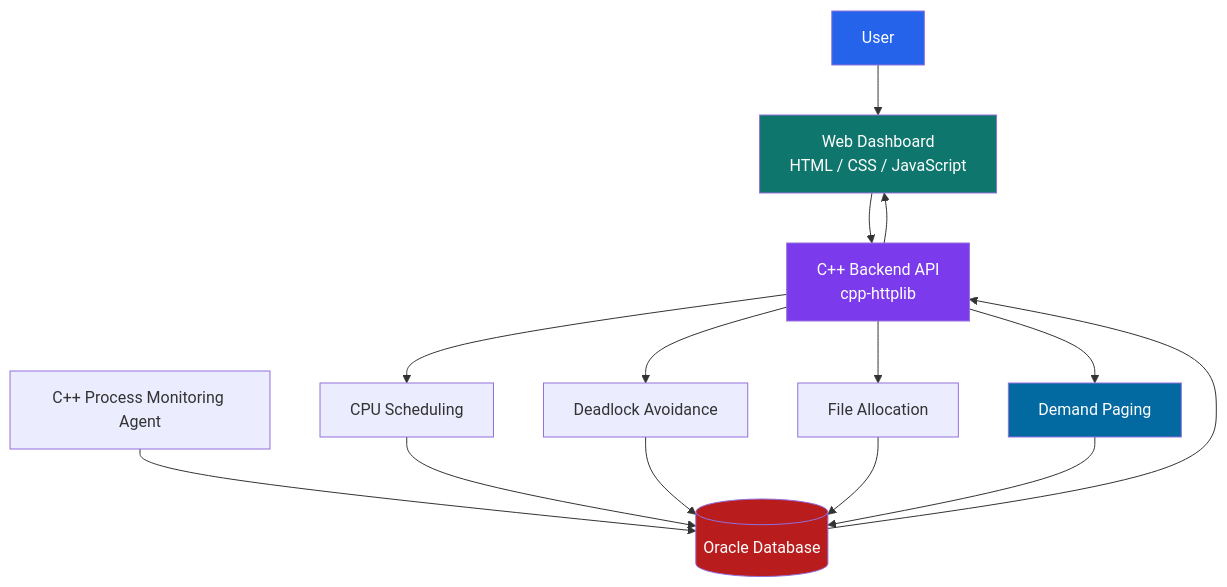
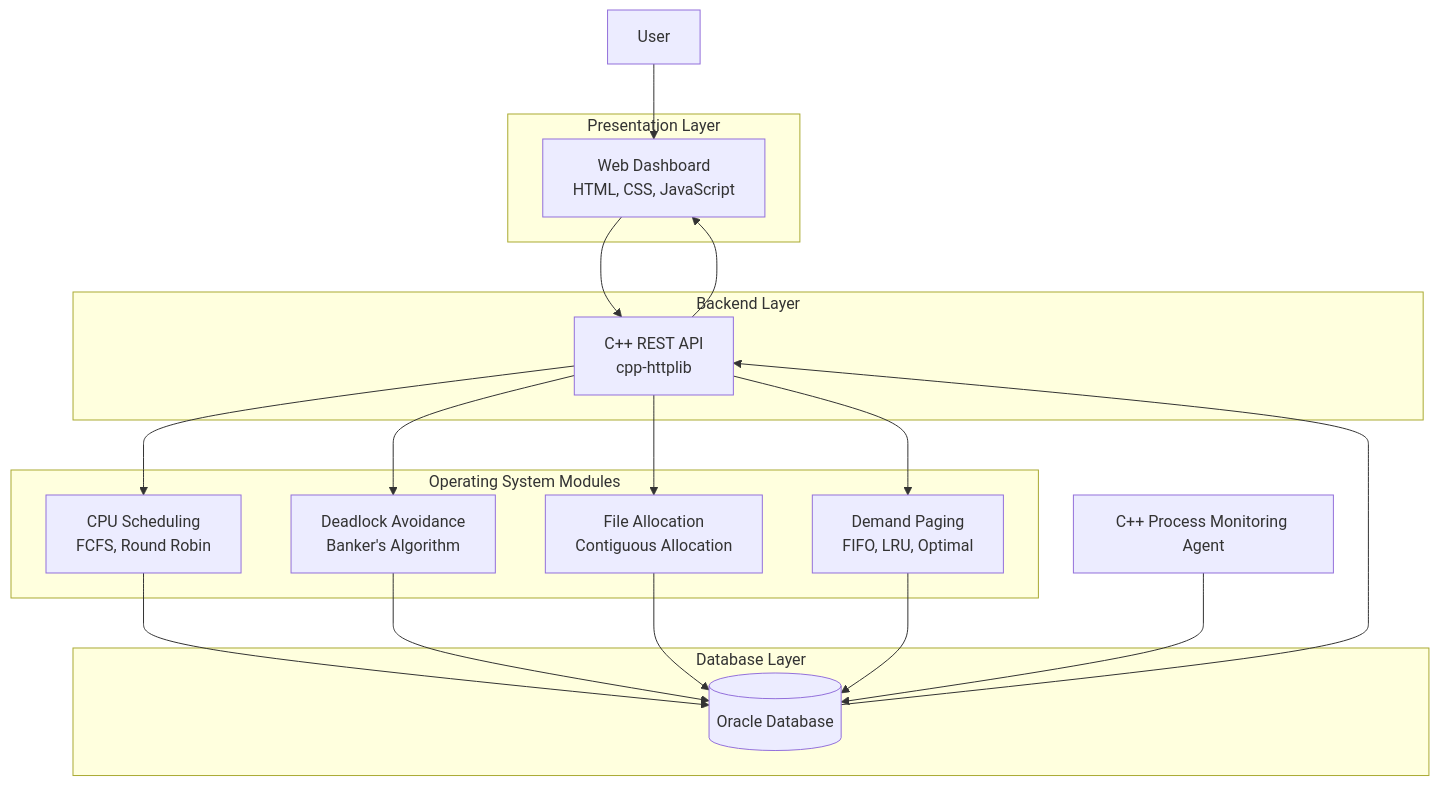
Before and after one commit to shashwat123-creator/kernel-query-execution-paging-system: the first of 2 diagrams in README.md, drawn with Mermaid. The commit also changed other lines of this file, not shown here.

````diff
--- a/README.md
+++ b/README.md
@@ -158,26 +156,43 @@
 ```mermaid
-flowchart TD
-    U["User"] --> UI["Web Dashboard<br/>HTML / CSS / JavaScript"]
-    UI --> API["C++ Backend API<br/>cpp-httplib"]
+flowchart TB
+    USER["User"]
 
-    API --> CPU["CPU Scheduling"]
-    API --> DL["Deadlock Avoidance"]
-    API --> FA["File Allocation"]
-    API --> PG["Demand Paging"]
+    subgraph FRONTEND["Presentation Layer"]
+        UI["Web Dashboard<br/>HTML, CSS, JavaScript"]
+    end
 
-    MON["C++ Process Monitoring Agent"] --> DB[("Oracle Database")]
+    subgraph BACKEND["Backend Layer"]
+        API["C++ REST API<br/>cpp-httplib"]
+    end
+
+    subgraph OS["Operating System Modules"]
+        CPU["CPU Scheduling<br/>FCFS, Round Robin"]
+        DEADLOCK["Deadlock Avoidance<br/>Banker's Algorithm"]
+        FILE["File Allocation<br/>Contiguous Allocation"]
+        PAGING["Demand Paging<br/>FIFO, LRU, Optimal"]
+    end
+
+    MONITOR["C++ Process Monitoring Agent"]
+
+    subgraph DATABASE["Database Layer"]
+        DB[("Oracle Database")]
+    end
+
+    USER --> UI
+    UI --> API
+
+    API --> CPU
+    API --> DEADLOCK
+    API --> FILE
+    API --> PAGING
 
     CPU --> DB
-    DL --> DB
-    FA --> DB
-    PG --> DB
+    DEADLOCK --> DB
+    FILE --> DB
+    PAGING --> DB
+
+    MONITOR --> DB
 
     DB --> API
     API --> UI
-
-    style U fill:#2563eb,color:#fff
-    style UI fill:#0f766e,color:#fff
-    style API fill:#7c3aed,color:#fff
-    style DB fill:#b91c1c,color:#fff
-    style PG fill:#0369a1,color:#fff
 ```
````
